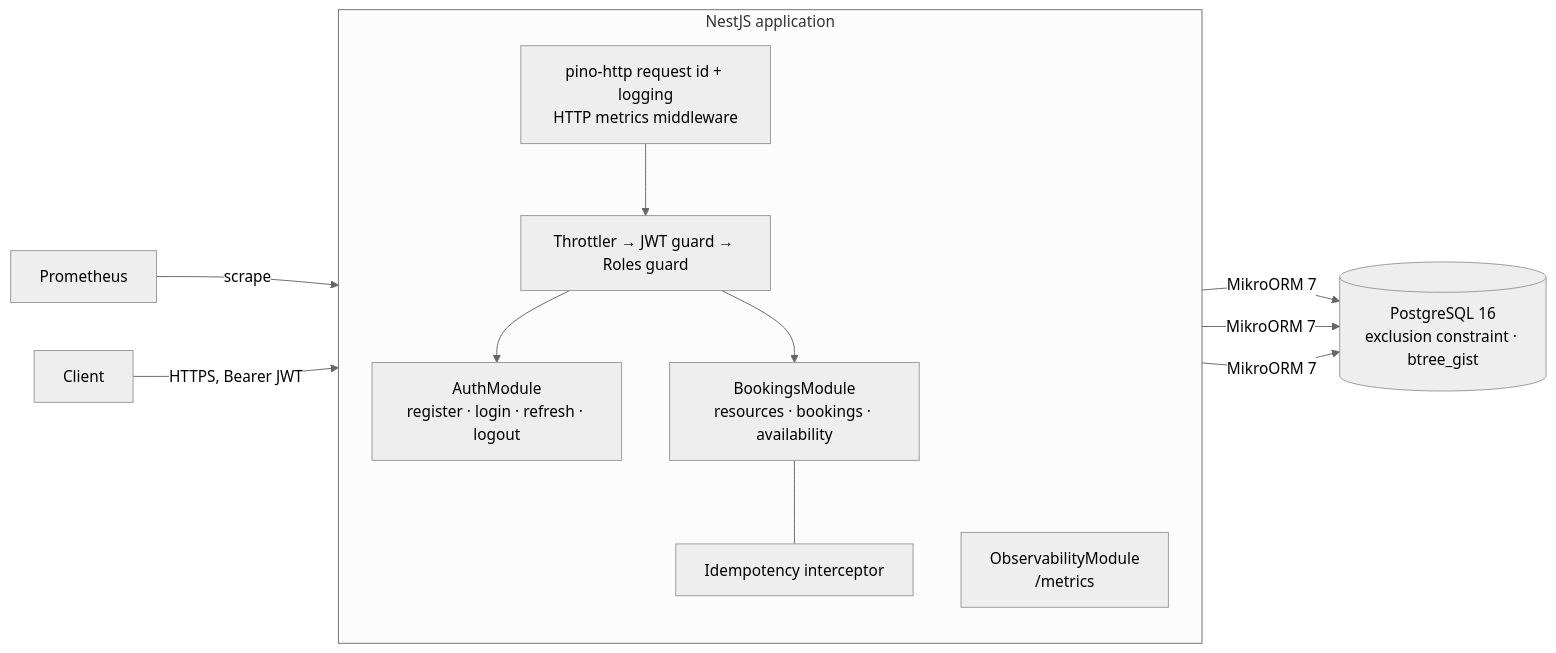
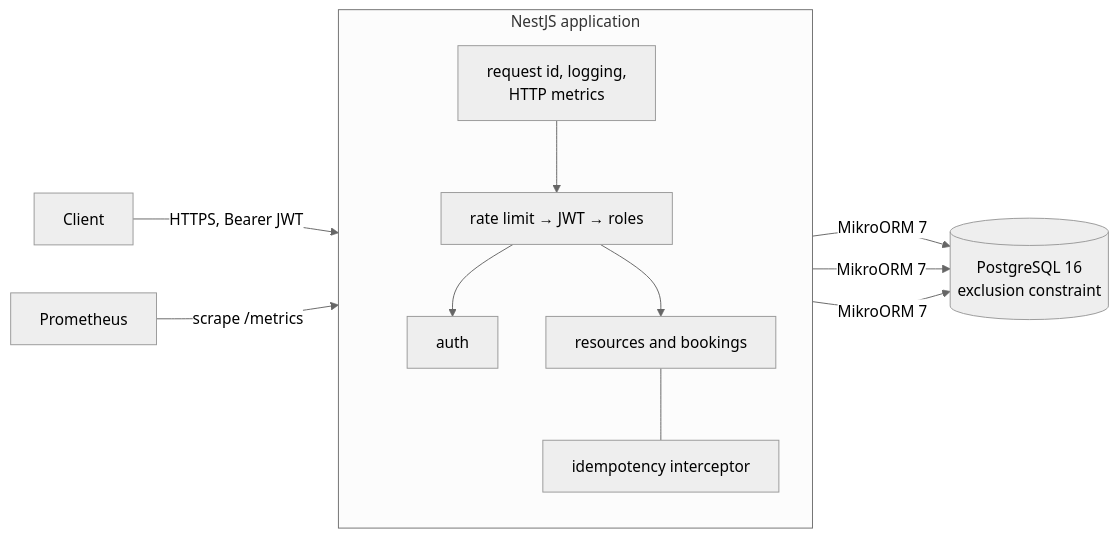
One commit to milad-codes/nest-booking-service changed the diagram in README.md. Above: the diagram before and after it, drawn with Mermaid (neutral theme). The commit also changed other lines of this file and 4 other files, not shown here.

````diff
--- a/README.md
+++ b/README.md
@@ -26,19 +32,16 @@
 ```mermaid
 flowchart LR
   client[Client] -->|HTTPS, Bearer JWT| api
-
   subgraph api[NestJS application]
     direction TB
-    mw[pino-http request id + logging<br/>HTTP metrics middleware]
-    guards[Throttler → JWT guard → Roles guard]
-    auth[AuthModule<br/>register · login · refresh · logout]
-    book[BookingsModule<br/>resources · bookings · availability]
-    idem[Idempotency interceptor]
-    obs[ObservabilityModule<br/>/metrics]
+    mw[request id, logging,<br/>HTTP metrics]
+    guards[rate limit → JWT → roles]
+    auth[auth]
+    book[resources and bookings]
+    idem[idempotency interceptor]
     mw --> guards --> auth & book
     book --- idem
   end
-
-  auth & book & idem -->|MikroORM 7| pg[(PostgreSQL 16<br/>exclusion constraint · btree_gist)]
-  prom[Prometheus] -->|scrape| obs
+  auth & book & idem -->|MikroORM 7| pg[(PostgreSQL 16<br/>exclusion constraint)]
+  prom[Prometheus] -->|scrape /metrics| api
 ```
````
